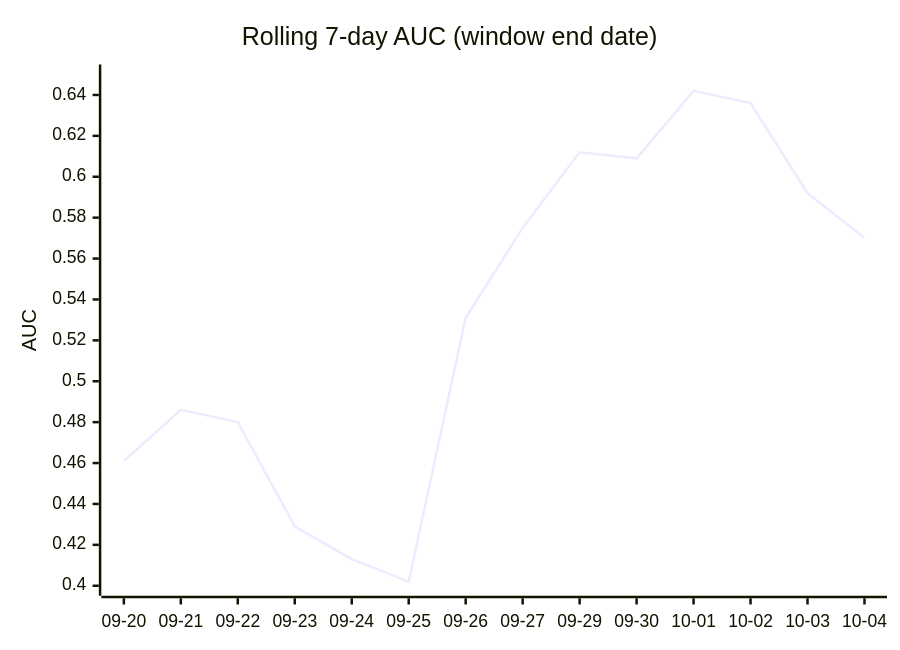
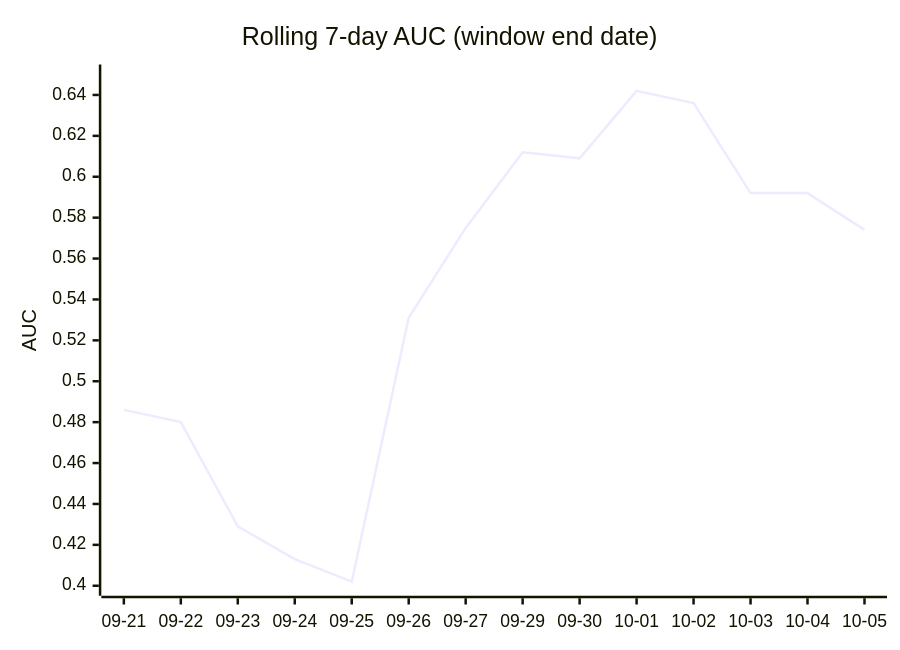
The third of 4 diagrams in DAILY_AGSU_REPORT.md (dpk1212/nhl-savant), drawn with Mermaid before and after one commit. The commit also changed other lines of this file, not shown here.

````diff
--- a/DAILY_AGSU_REPORT.md
+++ b/DAILY_AGSU_REPORT.md
@@ -864,7 +853,7 @@
 ```mermaid
 xychart-beta
     title "Rolling 7-day AUC (window end date)"
-    x-axis ["09-20", "09-21", "09-22", "09-23", "09-24", "09-25", "09-26", "09-27", "09-29", "09-30", "10-01", "10-02", "10-03", "10-04"]
+    x-axis ["09-21", "09-22", "09-23", "09-24", "09-25", "09-26", "09-27", "09-29", "09-30", "10-01", "10-02", "10-03", "10-04", "10-05"]
     y-axis "AUC" 0.4 --> 0.65
-    line [0.461, 0.486, 0.48, 0.429, 0.413, 0.402, 0.531, 0.575, 0.612, 0.609, 0.642, 0.636, 0.592, 0.57]
+    line [0.486, 0.48, 0.429, 0.413, 0.402, 0.531, 0.575, 0.612, 0.609, 0.642, 0.636, 0.592, 0.592, 0.574]
 ```
````
